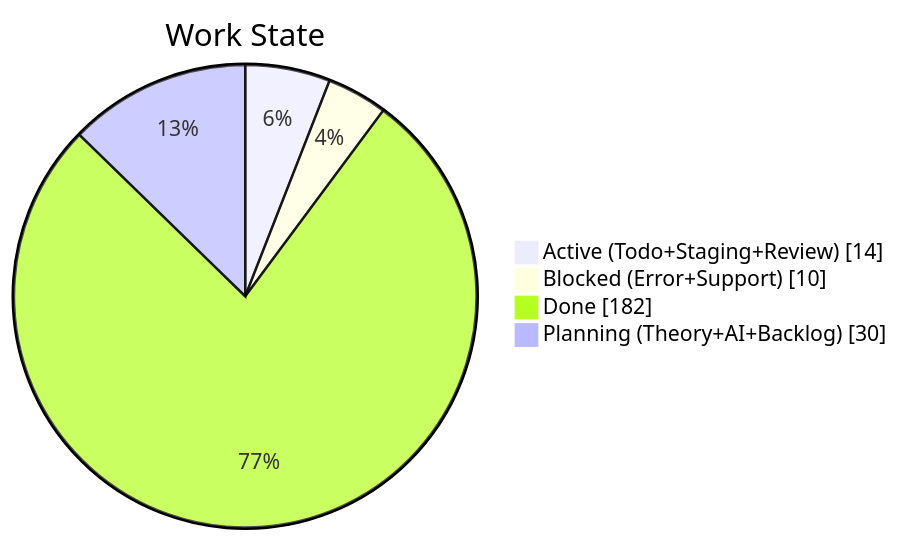
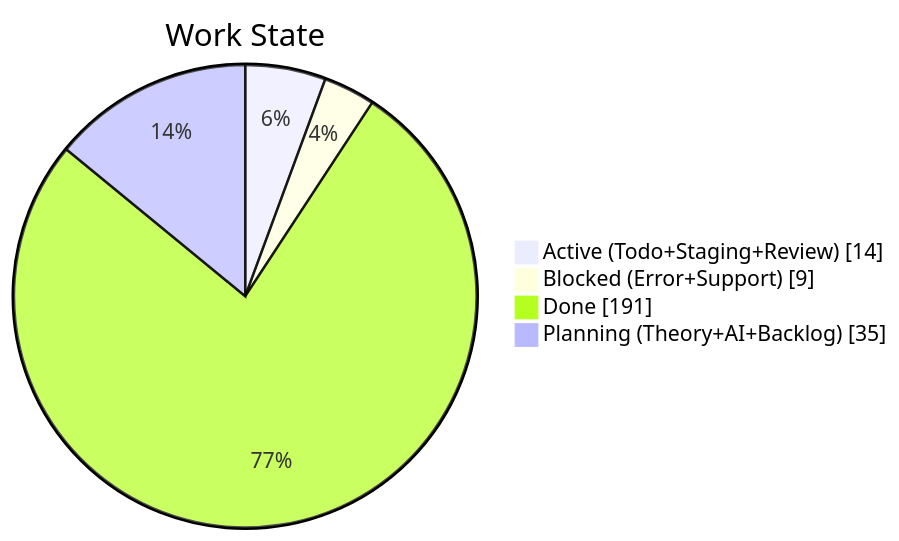
One commit to KBVE/kbve changed the second of 4 diagrams in apps/kbve/astro-kbve/src/content/docs/dashboard/kanban-data.mdx. Above: the diagram before and after it, drawn with Mermaid. The commit also changed other lines of this file and 2 other files, not shown here.

````diff
--- a/apps/kbve/astro-kbve/src/content/docs/dashboard/kanban-data.mdx
+++ b/apps/kbve/astro-kbve/src/content/docs/dashboard/kanban-data.mdx
@@ -68,8 +68,8 @@
 ```mermaid
 pie showData
     title Work State
     "Active (Todo+Staging+Review)" : 14
-    "Blocked (Error+Support)" : 10
-    "Done" : 182
-    "Planning (Theory+AI+Backlog)" : 30
+    "Blocked (Error+Support)" : 9
+    "Done" : 191
+    "Planning (Theory+AI+Backlog)" : 35
 ```
````
